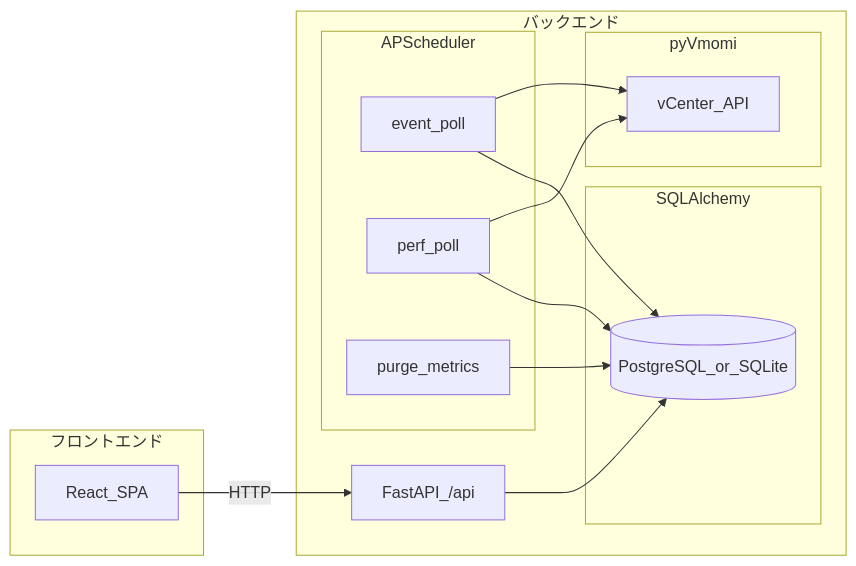
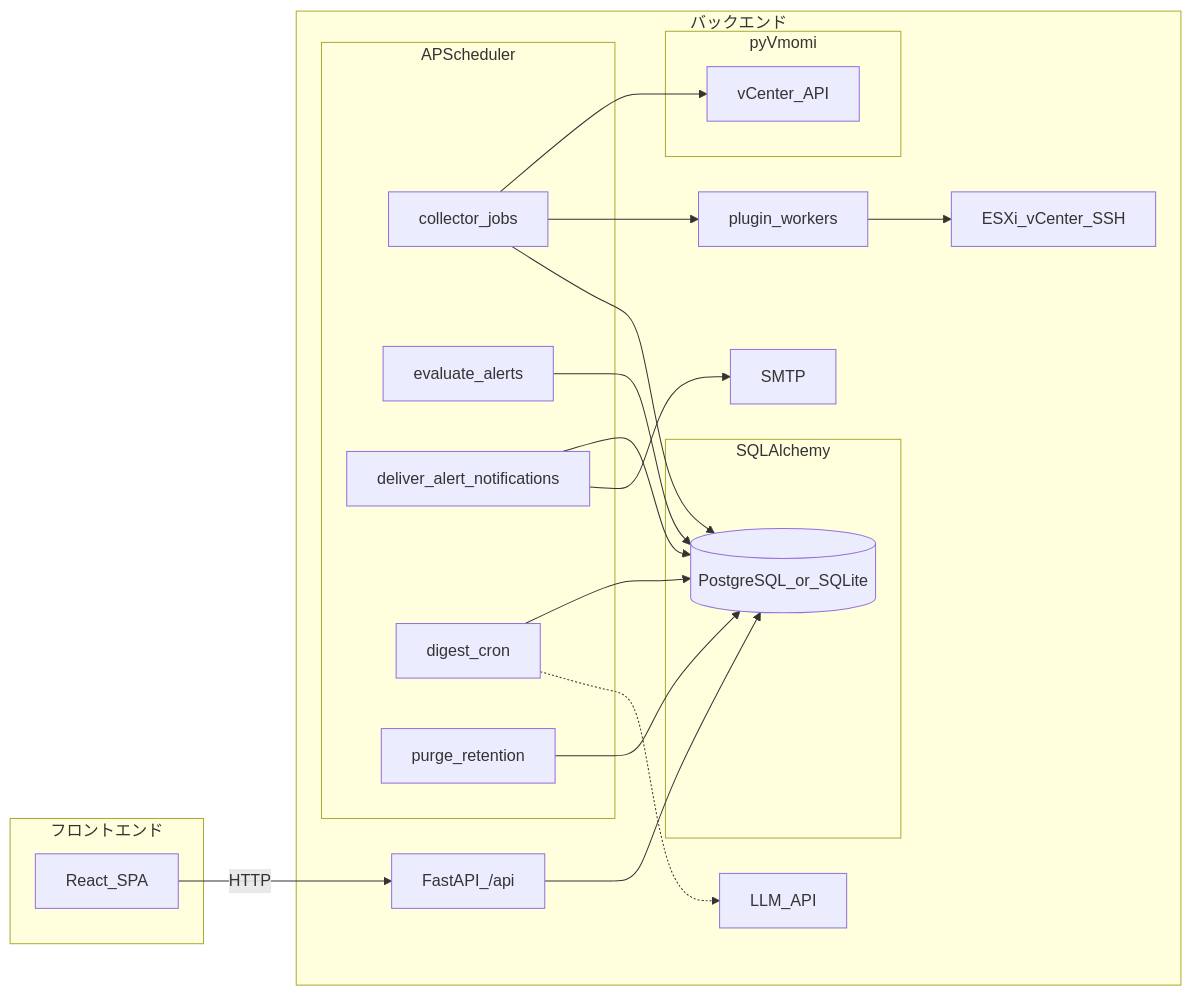
The second of 2 diagrams in docs/features/architecture.md (t-m0riyama/vcenter-event-assistant), drawn with Mermaid before and after one commit. The commit also changed other lines of this file and 1 other file, not shown here.

First line of the commit message:
docs: refresh README and architecture for 0.2.0

````diff
--- a/docs/features/architecture.md
+++ b/docs/features/architecture.md
@@ -55,27 +67,38 @@
 ```mermaid
 flowchart LR
   subgraph fe [フロントエンド]
     UI[React_SPA]
   end
   subgraph be [バックエンド]
     subgraph sched [APScheduler]
-      evJob[event_poll]
-      perfJob[perf_poll]
-      purgeJob[purge_metrics]
+      collectors[collector_jobs]
+      alertEval[evaluate_alerts]
+      alertDeliver[deliver_alert_notifications]
+      digests[digest_cron]
+      purgeJob[purge_retention]
     end
+    Workers[plugin_workers]
     subgraph vmomi [pyVmomi]
       VCnode[vCenter_API]
     end
+    SSHnode[ESXi_vCenter_SSH]
     subgraph db [SQLAlchemy]
       DB[(PostgreSQL_or_SQLite)]
     end
     API[FastAPI_/api]
+    SMTP[SMTP]
+    LLM[LLM_API]
   end
-  evJob --> VCnode
-  perfJob --> VCnode
-  evJob --> DB
-  perfJob --> DB
+  collectors --> VCnode
+  collectors --> Workers
+  Workers --> SSHnode
+  collectors --> DB
+  alertEval --> DB
+  alertDeliver --> DB
+  alertDeliver --> SMTP
+  digests --> DB
+  digests -.-> LLM
   purgeJob --> DB
   API --> DB
   UI -->|HTTP| API
 ```
````
